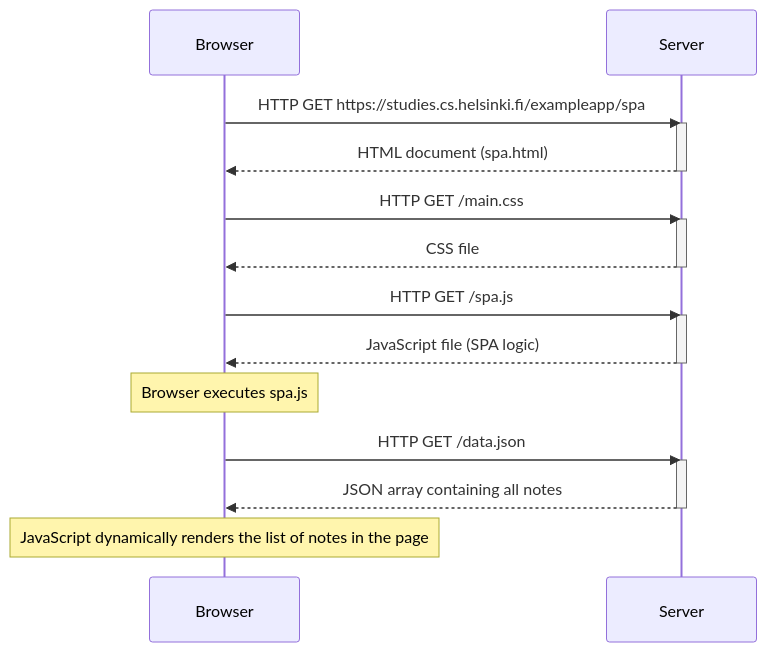
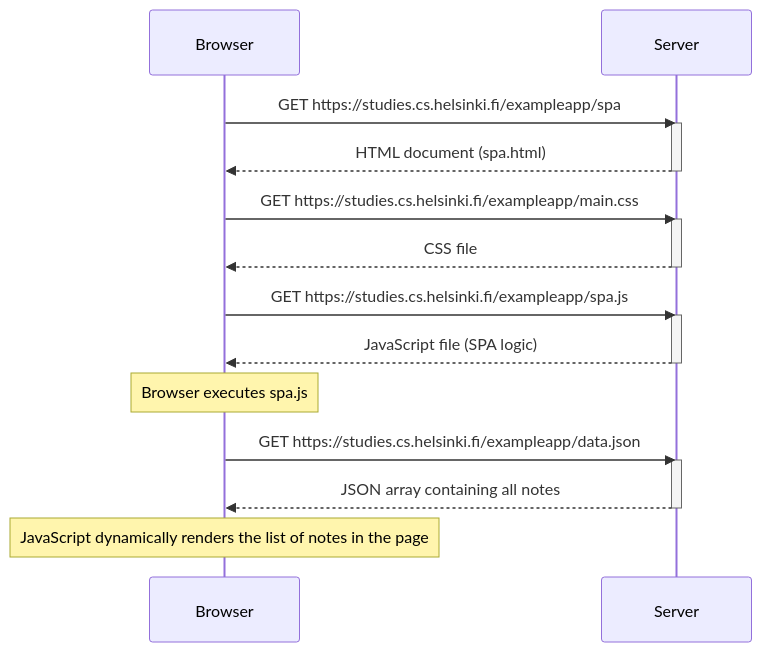
Before and after one commit to mdsahilak/FullStackOpen-Course: the diagram in excercises/part0/ex0.5.md, drawn with Mermaid.

````diff
--- a/excercises/part0/ex0.5.md
+++ b/excercises/part0/ex0.5.md
@@ -1,29 +1,29 @@
 ```mermaid
 sequenceDiagram
     participant Browser
     participant Server
 
-    Browser->>Server: HTTP GET https://studies.cs.helsinki.fi/exampleapp/spa
+    Browser->>Server: GET https://studies.cs.helsinki.fi/exampleapp/spa
     activate Server
     Server-->>Browser: HTML document (spa.html)
     deactivate Server
 
-    Browser->>Server: HTTP GET /main.css
+    Browser->>Server: GET https://studies.cs.helsinki.fi/exampleapp/main.css
     activate Server
     Server-->>Browser: CSS file
     deactivate Server
 
-    Browser->>Server: HTTP GET /spa.js
+    Browser->>Server: GET https://studies.cs.helsinki.fi/exampleapp/spa.js
     activate Server
     Server-->>Browser: JavaScript file (SPA logic)
     deactivate Server
 
     Note over Browser: Browser executes spa.js
 
-    Browser->>Server: HTTP GET /data.json
+    Browser->>Server: GET https://studies.cs.helsinki.fi/exampleapp/data.json
     activate Server
     Server-->>Browser: JSON array containing all notes
     deactivate Server
 
     Note over Browser: JavaScript dynamically renders the list of notes in the page
 ```
````
